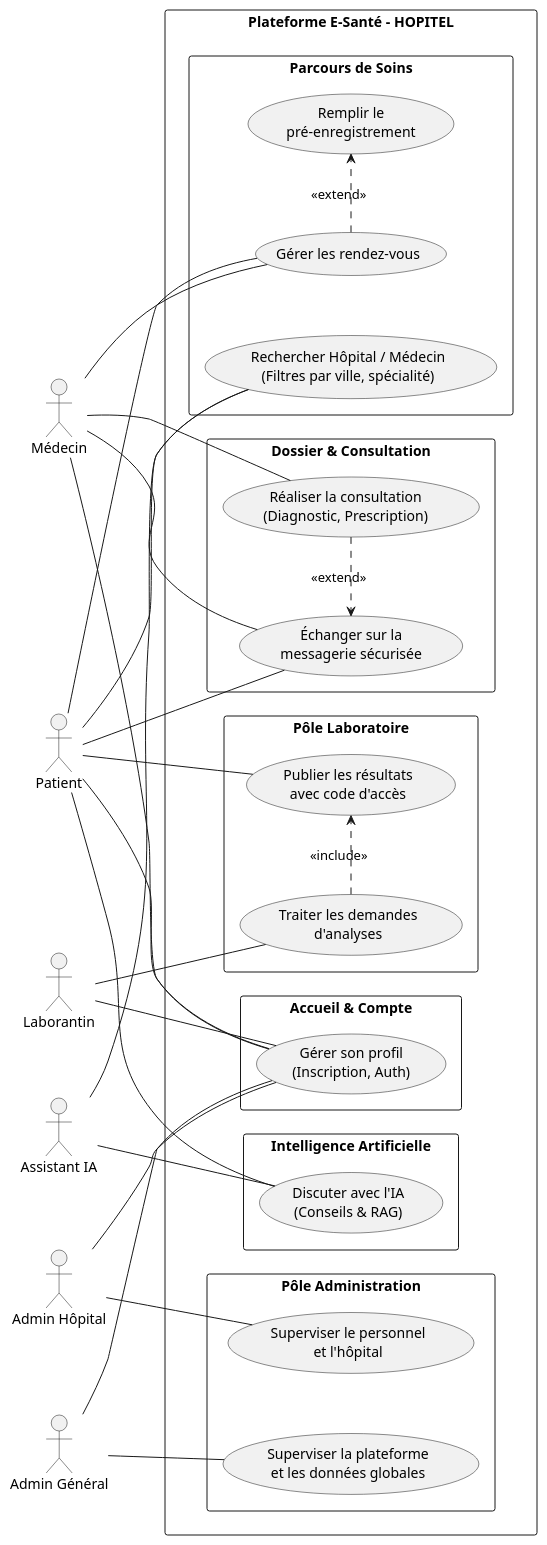
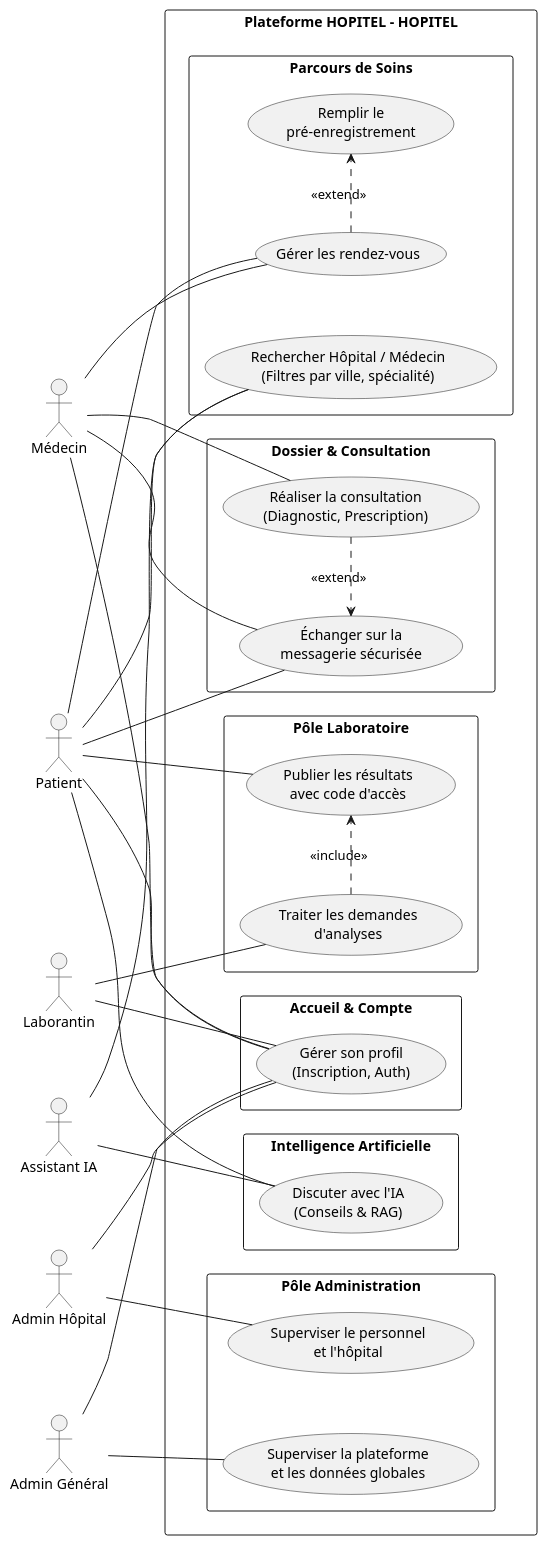
One commit to Sidicke/Backend changed the first of 7 diagrams in docs/cas_utilisation.md. Above: the diagram before and after it, drawn with PlantUML. The commit also changed 46 other files, not shown here.

```diff
--- a/docs/cas_utilisation.md
+++ b/docs/cas_utilisation.md
@@ -27,7 +27,7 @@
 actor "Admin Général" as AG
 actor "Assistant IA" as IA
 
-rectangle "Plateforme E-Santé - HOPITEL" {
+rectangle "Plateforme HOPITEL - HOPITEL" {
 
   package "Accueil & Compte" {
     usecase "Gérer son profil\n(Inscription, Auth)" as UC_AUTH
```
